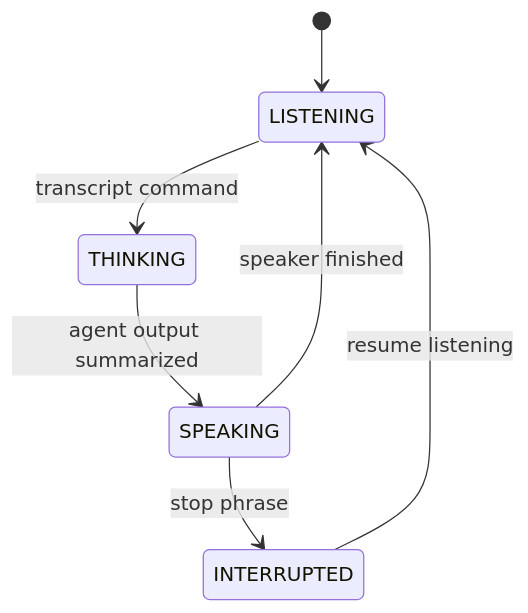
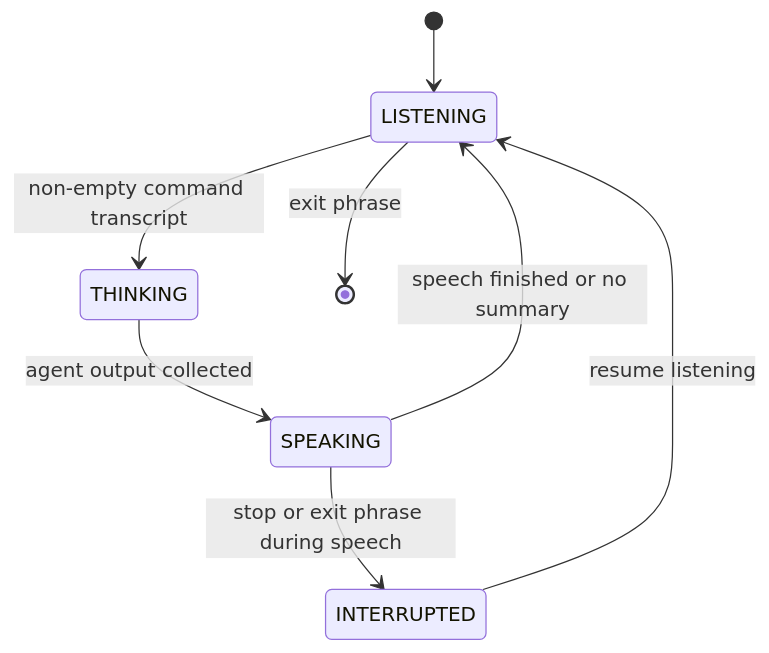
One commit to m1ser4ble/agent-voice changed the third of 3 diagrams in docs/architecture.md. Above: the diagram before and after it, drawn with Mermaid. The commit also changed other lines of this file, not shown here.

````diff
--- a/docs/architecture.md
+++ b/docs/architecture.md
@@ -375,9 +375,10 @@
 ```mermaid
 stateDiagram-v2
     [*] --> LISTENING
-    LISTENING --> THINKING: transcript command
-    THINKING --> SPEAKING: agent output summarized
-    SPEAKING --> LISTENING: speaker finished
-    SPEAKING --> INTERRUPTED: stop phrase
+    LISTENING --> THINKING: non-empty command transcript
+    THINKING --> SPEAKING: agent output collected
+    SPEAKING --> LISTENING: speech finished or no summary
+    SPEAKING --> INTERRUPTED: stop or exit phrase during speech
     INTERRUPTED --> LISTENING: resume listening
+    LISTENING --> [*]: exit phrase
 ```
````
